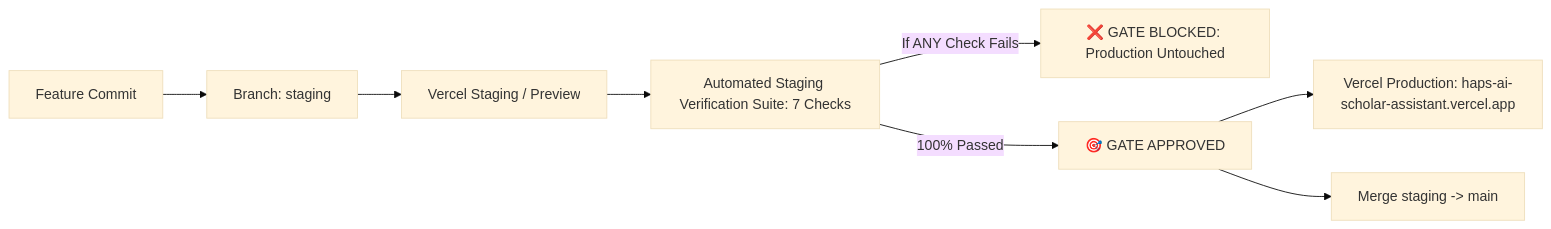
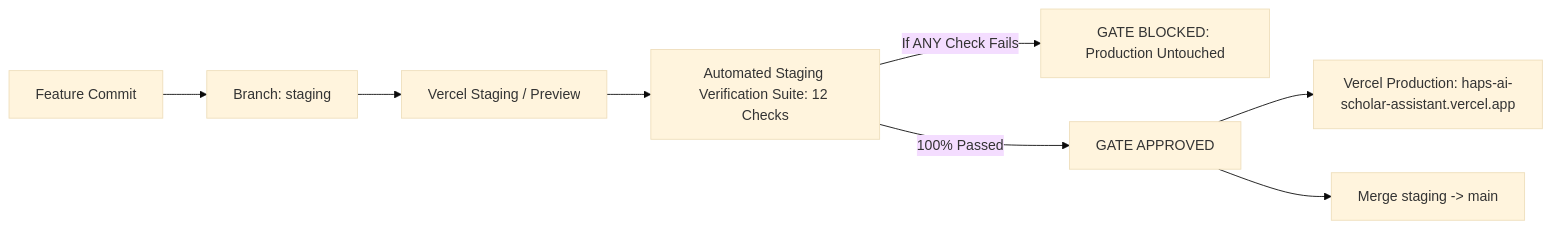
Before and after one commit to unisoleempower-blip/school_student_system-SSS-: the second of 2 diagrams in README.md, drawn with Mermaid (base theme). The commit also changed other lines of this file, not shown here.

Commit message:
docs: update README with 12-check automated release gate documentation

````diff
--- a/README.md
+++ b/README.md
@@ -217,10 +217,10 @@
 ```mermaid
 graph LR
     Dev[Feature Commit] --> StagingBranch[Branch: staging]
     StagingBranch --> DeployStaging[Vercel Staging / Preview]
-    DeployStaging --> VerifySuite[Automated Staging Verification Suite: 7 Checks]
-    VerifySuite -- If ANY Check Fails --> BlockRelease[❌ GATE BLOCKED: Production Untouched]
-    VerifySuite -- 100% Passed --> PromoteGate[🎯 GATE APPROVED]
+    DeployStaging --> VerifySuite[Automated Staging Verification Suite: 12 Checks]
+    VerifySuite -- If ANY Check Fails --> BlockRelease[GATE BLOCKED: Production Untouched]
+    VerifySuite -- 100% Passed --> PromoteGate[GATE APPROVED]
     PromoteGate --> DeployProd[Vercel Production: haps-ai-scholar-assistant.vercel.app]
     PromoteGate --> GitMain[Merge staging -> main]
 ```
````
